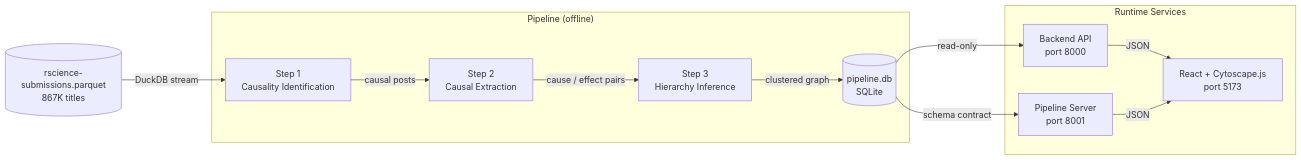
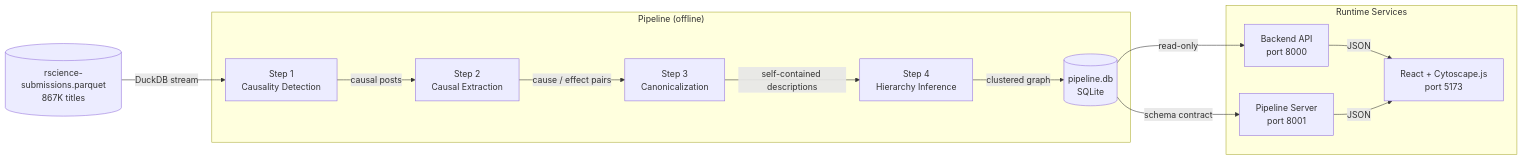
The first of 7 diagrams in docs/architecture.md (TheMrSheldon/causalgraph), drawn with Mermaid before and after one commit. The commit also changed other lines of this file and 8 other files, not shown here.

````diff
--- a/docs/architecture.md
+++ b/docs/architecture.md
@@ -9,18 +9,19 @@
 ```mermaid
 flowchart LR
     A[(rscience-submissions.parquet\n867K titles)] -->|DuckDB stream| B
 
     subgraph Pipeline["Pipeline (offline)"]
-        B[Step 1\nCausality Identification] -->|causal posts| C
+        B[Step 1\nCausality Detection] -->|causal posts| C
         C[Step 2\nCausal Extraction] -->|cause / effect pairs| D
-        D[Step 3\nHierarchy Inference] -->|clustered graph| E
+        D[Step 3\nCanonicalization] -->|self-contained descriptions| E
+        E[Step 4\nHierarchy Inference] -->|clustered graph| F
     end
 
-    E[(pipeline.db\nSQLite)] -->|read-only| F
-    E -->|schema contract| G
+    F[(pipeline.db\nSQLite)] -->|read-only| G
+    F -->|schema contract| H
 
     subgraph Services["Runtime Services"]
-        F[Backend API\nport 8000] -->|JSON| H[React + Cytoscape.js\nport 5173]
-        G[Pipeline Server\nport 8001] -->|JSON| H
+        G[Backend API\nport 8000] -->|JSON| I[React + Cytoscape.js\nport 5173]
+        H[Pipeline Server\nport 8001] -->|JSON| I
     end
 ```
````
